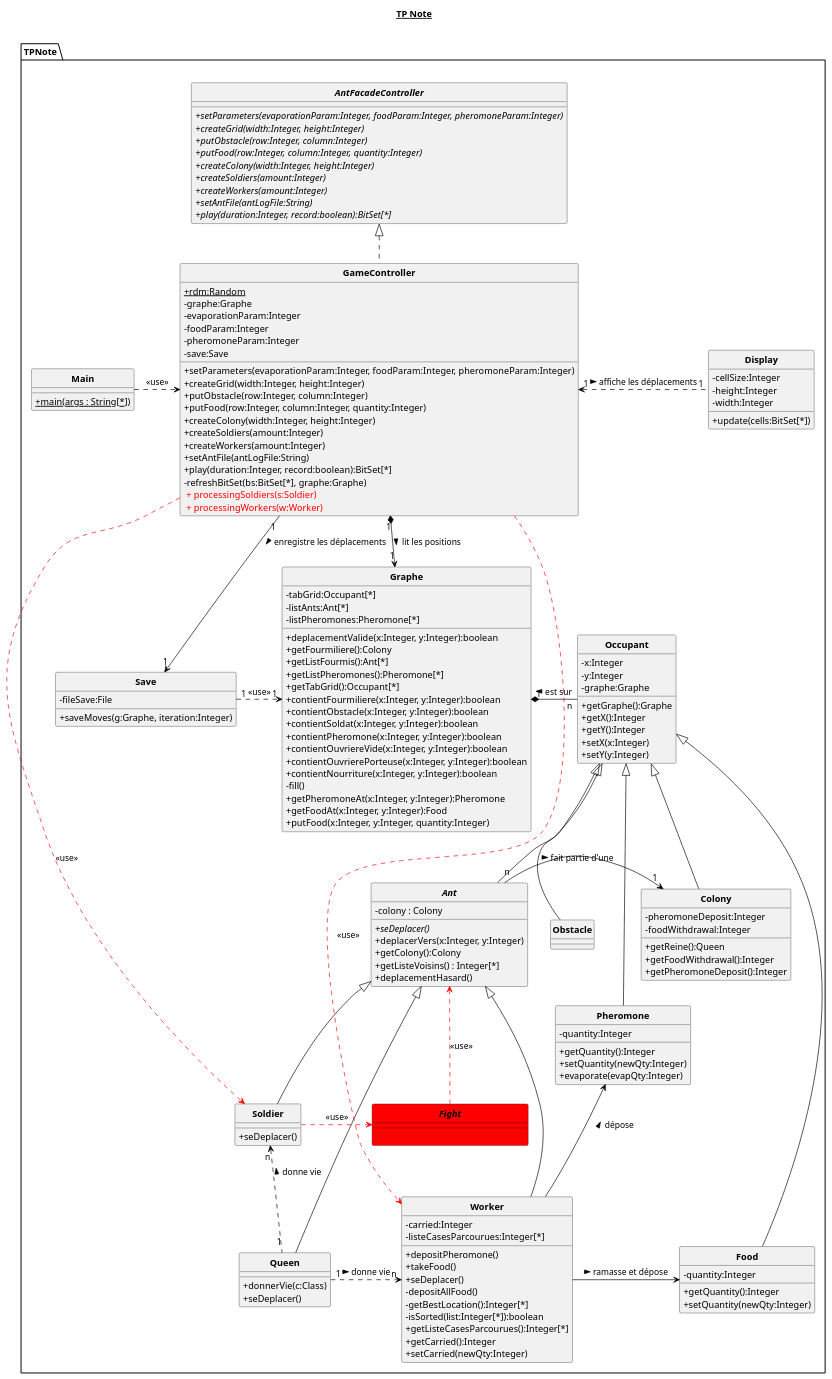
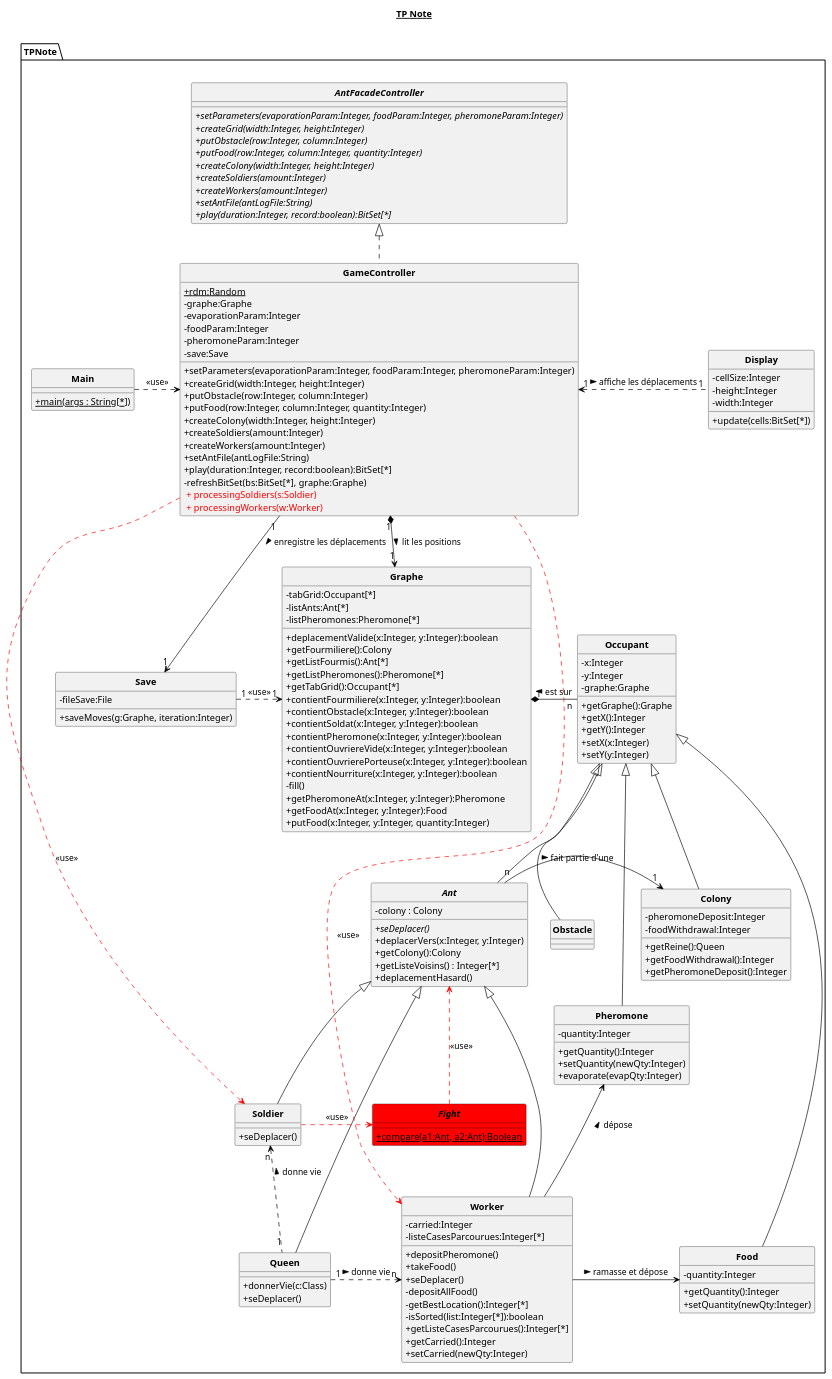
The diagram in Ex1_DC.puml (BaptisteWetterwald/dut-tp-note-a22), drawn with PlantUML before and after one commit.

```diff
--- a/Ex1_DC.puml
+++ b/Ex1_DC.puml
@@ -181,7 +181,7 @@
 
     abstract class Fight #red
     {
-        <color red> {static} +compare(a1:Ant, a2:Ant):Boolean
+        {static} +compare(a1:Ant, a2:Ant):Boolean
     }
 
     Main .> GameController : <<use>>
```
